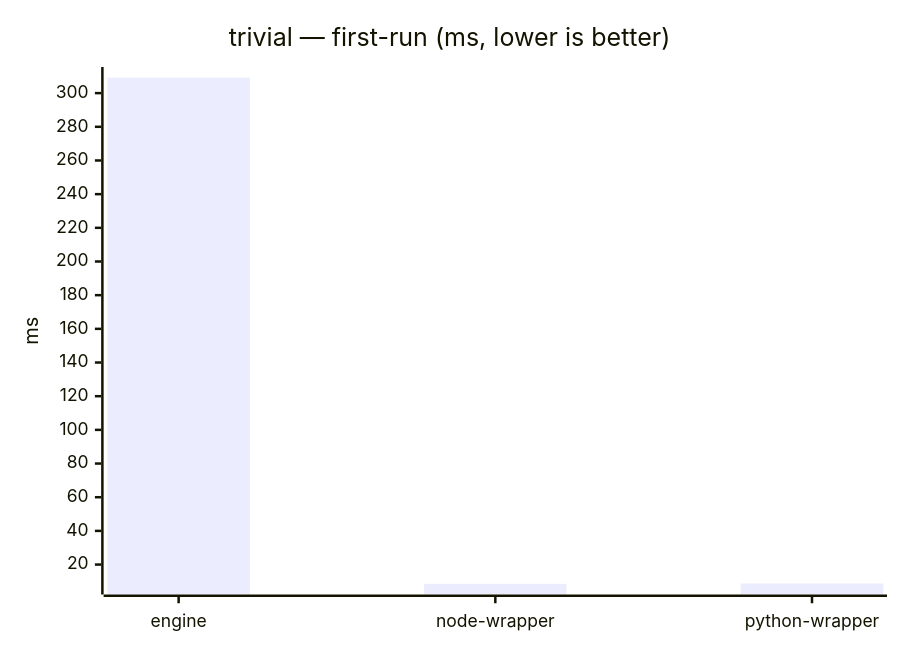
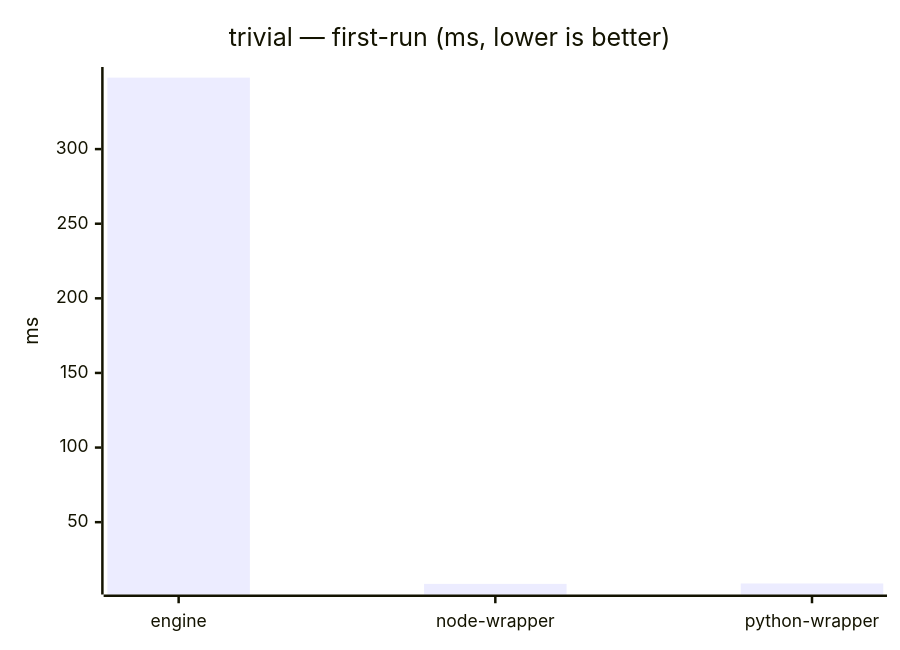
One commit to mulesoft/data-weave-cli changed the second of 23 diagrams in benchmarks/report/RESULTS.md. Above: the diagram before and after it, drawn with Mermaid. The commit also changed other lines of this file, not shown here.

````diff
--- a/benchmarks/report/RESULTS.md
+++ b/benchmarks/report/RESULTS.md
@@ -54,7 +54,7 @@
 ```mermaid
 xychart-beta
     title "trivial — first-run (ms, lower is better)"
     x-axis ["engine", "node-wrapper", "python-wrapper"]
     y-axis "ms"
-    bar [309.206, 8.532, 8.775]
+    bar [347.897, 8.652, 8.929]
 ```
````
